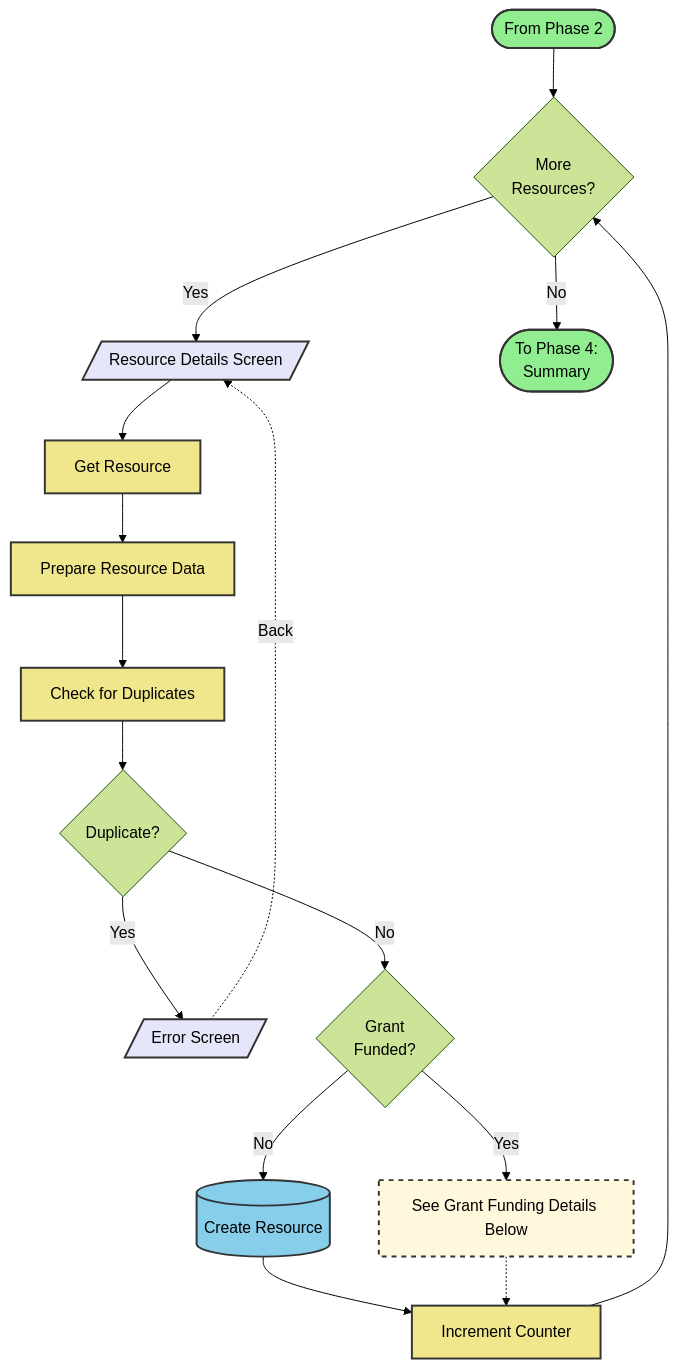
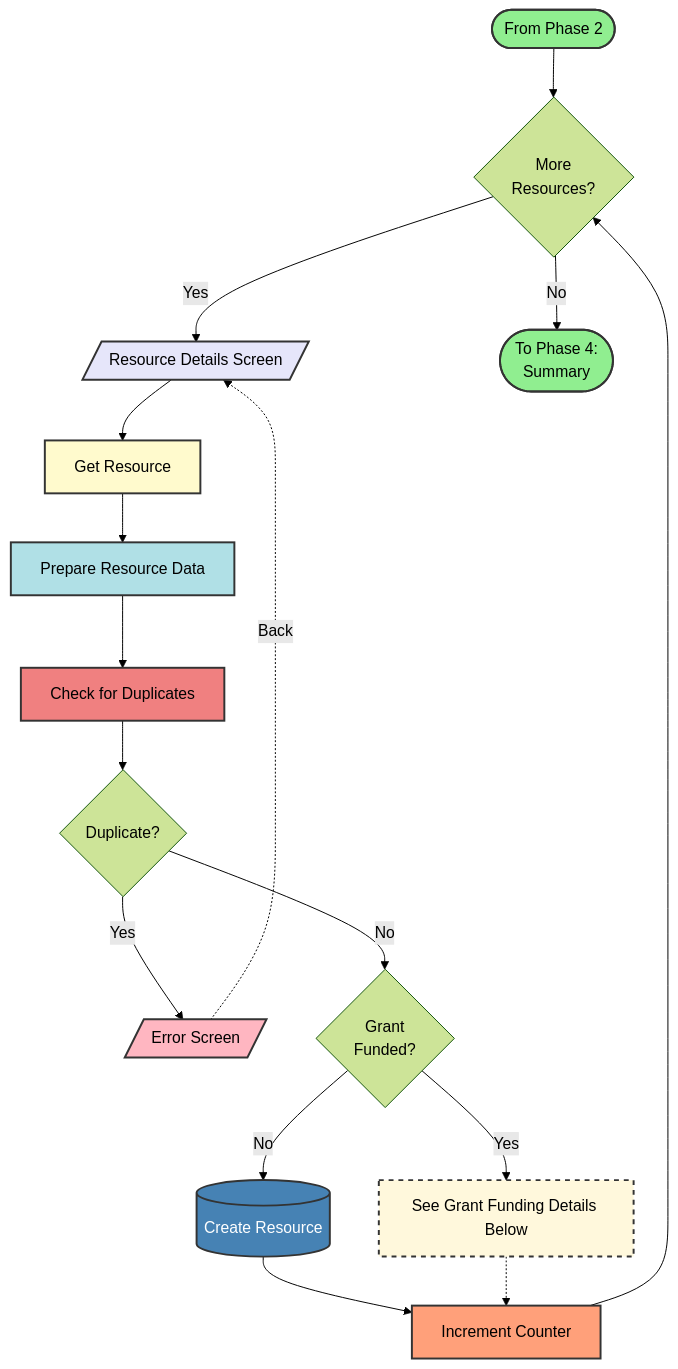
Before and after one commit to akj/mermaid-sample: the fourth of 6 diagrams in README.md, drawn with Mermaid (forest theme). The commit also changed other lines of this file, not shown here.

````diff
--- a/README.md
+++ b/README.md
@@ -77,35 +84,42 @@
 ```mermaid
 flowchart TD
     Phase2([From Phase 2]) --> MoreResources{More<br/>Resources?}
     MoreResources -->|Yes| ResourceScreen[/Resource Details Screen/]
     MoreResources -->|No| Phase4([To Phase 4:<br/>Summary])
 
     ResourceScreen --> GetResource[Get Resource]
     GetResource --> PrepareResource[Prepare Resource Data]
     PrepareResource --> DupeCheck[Check for Duplicates]
 
     DupeCheck --> IsDupe{Duplicate?}
     IsDupe -->|Yes| ErrorScreen[/Error Screen/]
     ErrorScreen -.Back.-> ResourceScreen
 
     IsDupe -->|No| GrantFunded{Grant<br/>Funded?}
     GrantFunded -->|No| CreateResource[(Create Resource)]
     GrantFunded -->|Yes| GrantConfig[See Grant Funding Details Below]
 
     CreateResource --> Increment[Increment Counter]
     GrantConfig -.-> Increment
     Increment --> MoreResources
 
-    classDef screenStyle fill:#E6E6FA,stroke:#333,stroke-width:2px
-    classDef dbStyle fill:#87CEEB,stroke:#333,stroke-width:2px
-    classDef errorStyle fill:#FFB6C1,stroke:#333,stroke-width:2px
-    classDef startEnd fill:#90EE90,stroke:#333,stroke-width:2px
-    classDef processStyle fill:#F0E68C,stroke:#333,stroke-width:2px
-    classDef noteStyle fill:#FFF8DC,stroke:#333,stroke-width:2px,stroke-dasharray: 5 5
+    classDef screenStyle fill:#E6E6FA,stroke:#333,stroke-width:2px,color:#000
+    classDef errorScreenStyle fill:#FFB6C1,stroke:#333,stroke-width:2px,color:#000
+    classDef dbStyle fill:#4682B4,stroke:#333,stroke-width:2px,color:#FFF
+    classDef startEnd fill:#90EE90,stroke:#333,stroke-width:2px,color:#000
+    classDef getStyle fill:#FFFACD,stroke:#333,stroke-width:2px,color:#000
+    classDef prepareStyle fill:#B0E0E6,stroke:#333,stroke-width:2px,color:#000
+    classDef checkStyle fill:#F08080,stroke:#333,stroke-width:2px,color:#000
+    classDef incrementStyle fill:#FFA07A,stroke:#333,stroke-width:2px,color:#000
+    classDef noteStyle fill:#FFF8DC,stroke:#333,stroke-width:2px,stroke-dasharray: 5 5,color:#000
 
-    class ResourceScreen,ErrorScreen screenStyle
+    class ResourceScreen screenStyle
+    class ErrorScreen errorScreenStyle
     class CreateResource dbStyle
     class Phase2,Phase4 startEnd
-    class GetResource,PrepareResource,DupeCheck,Increment processStyle
+    class GetResource getStyle
+    class PrepareResource prepareStyle
+    class DupeCheck checkStyle
+    class Increment incrementStyle
     class GrantConfig noteStyle
 ```
````
